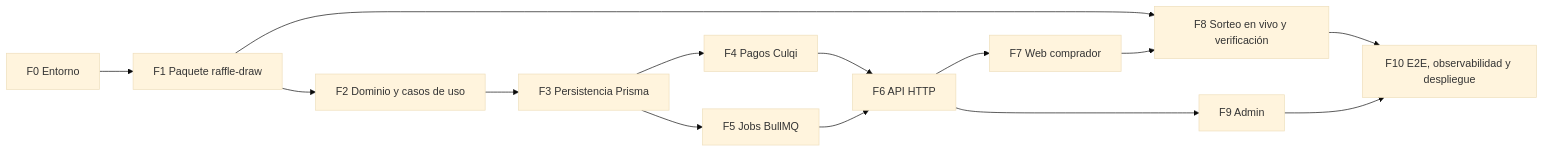
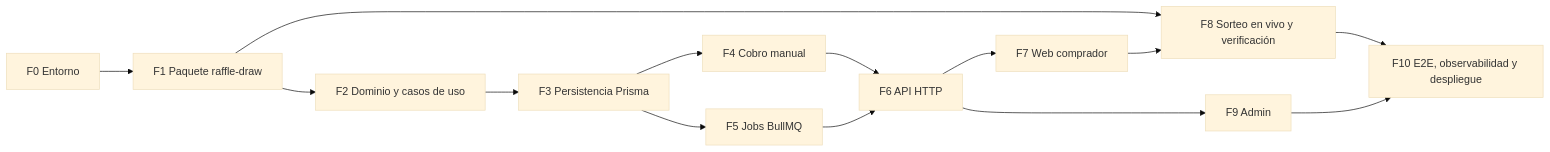
Before and after one commit to kanoso/ecommcerce-saas-sonet: the diagram in DOCS/RIFAS/GUIA-IMPLEMENTACION-RIFAS.md, drawn with Mermaid (base theme). The commit also changed other lines of this file and 444 other files, not shown here.

````diff
--- a/DOCS/RIFAS/GUIA-IMPLEMENTACION-RIFAS.md
+++ b/DOCS/RIFAS/GUIA-IMPLEMENTACION-RIFAS.md
@@ -99,16 +99,16 @@
 ```mermaid
 flowchart LR
     F0[F0 Entorno] --> F1[F1 Paquete raffle-draw]
     F1 --> F2[F2 Dominio y casos de uso]
     F2 --> F3[F3 Persistencia Prisma]
-    F3 --> F4[F4 Pagos Culqi]
+    F3 --> F4[F4 Cobro manual]
     F3 --> F5[F5 Jobs BullMQ]
     F4 --> F6[F6 API HTTP]
     F5 --> F6
     F6 --> F7[F7 Web comprador]
     F1 --> F8[F8 Sorteo en vivo y verificación]
     F7 --> F8
     F6 --> F9[F9 Admin]
     F8 --> F10[F10 E2E, observabilidad y despliegue]
     F9 --> F10
 ```
````
